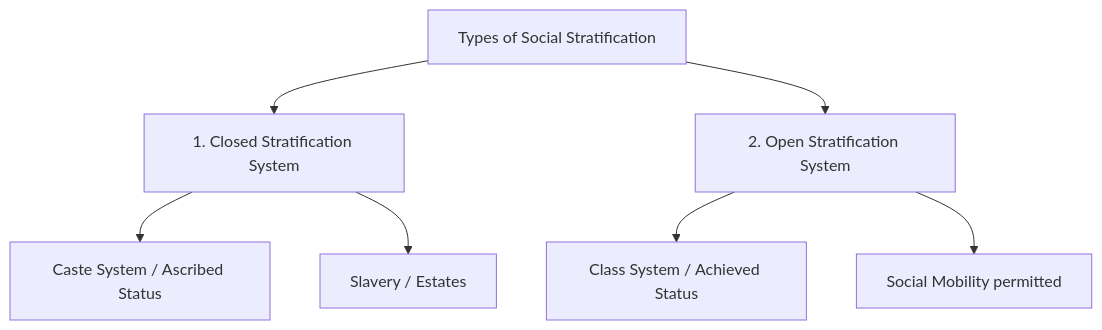
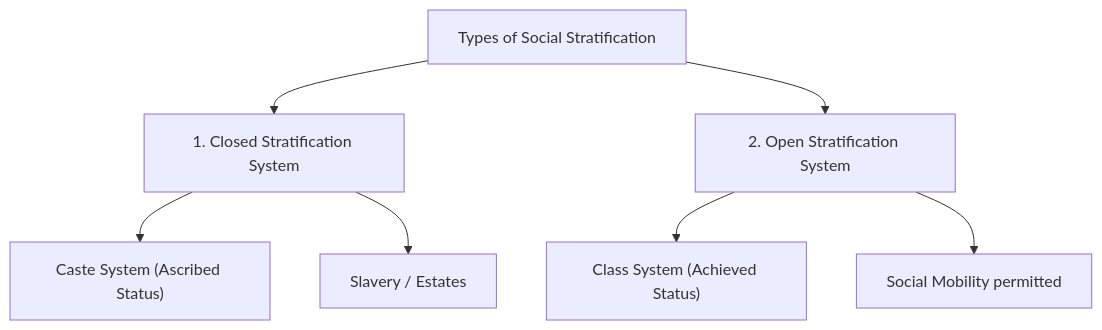
One commit to ashish-upsc/anthro changed the first of 5 diagrams in Paper_1/2_socio_cultural_anthro.md. Above: the diagram before and after it, drawn with Mermaid. The commit also changed other lines of this file and 29 other files, not shown here.

````diff
--- a/Paper_1/2_socio_cultural_anthro.md
+++ b/Paper_1/2_socio_cultural_anthro.md
@@ -52,11 +57,11 @@
 ```mermaid
 graph TD
-    A[Types of Social Stratification] --> B[1. Closed Stratification System]
-    A --> C[2. Open Stratification System]
+    A["Types of Social Stratification"] --> B["1. Closed Stratification System"]
+    A --> C["2. Open Stratification System"]
     
-    B --> B1[Caste System / Ascribed Status]
-    B --> B2[Slavery / Estates]
+    B --> B1["Caste System (Ascribed Status)"]
+    B --> B2["Slavery / Estates"]
     
-    C --> C1[Class System / Achieved Status]
-    C --> C2[Social Mobility permitted]
+    C --> C1["Class System (Achieved Status)"]
+    C --> C2["Social Mobility permitted"]
 ```
````
